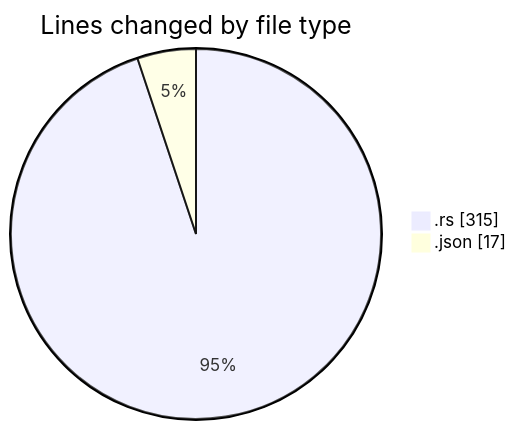
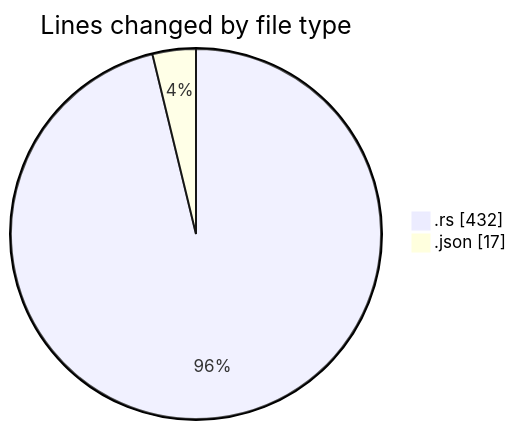
The first of 2 diagrams in 2025-12-28/rust/README.md (Ritupan-Deka/code-tracking), drawn with Mermaid before and after one commit. The commit also changed other lines of this file and 1 other file, not shown here.

````diff
--- a/2025-12-28/rust/README.md
+++ b/2025-12-28/rust/README.md
@@ -21,6 +21,6 @@
 ```mermaid
 pie showData
 title Lines changed by file type
-".rs" : 315
+".rs" : 432
 ".json" : 17
 ```
````
